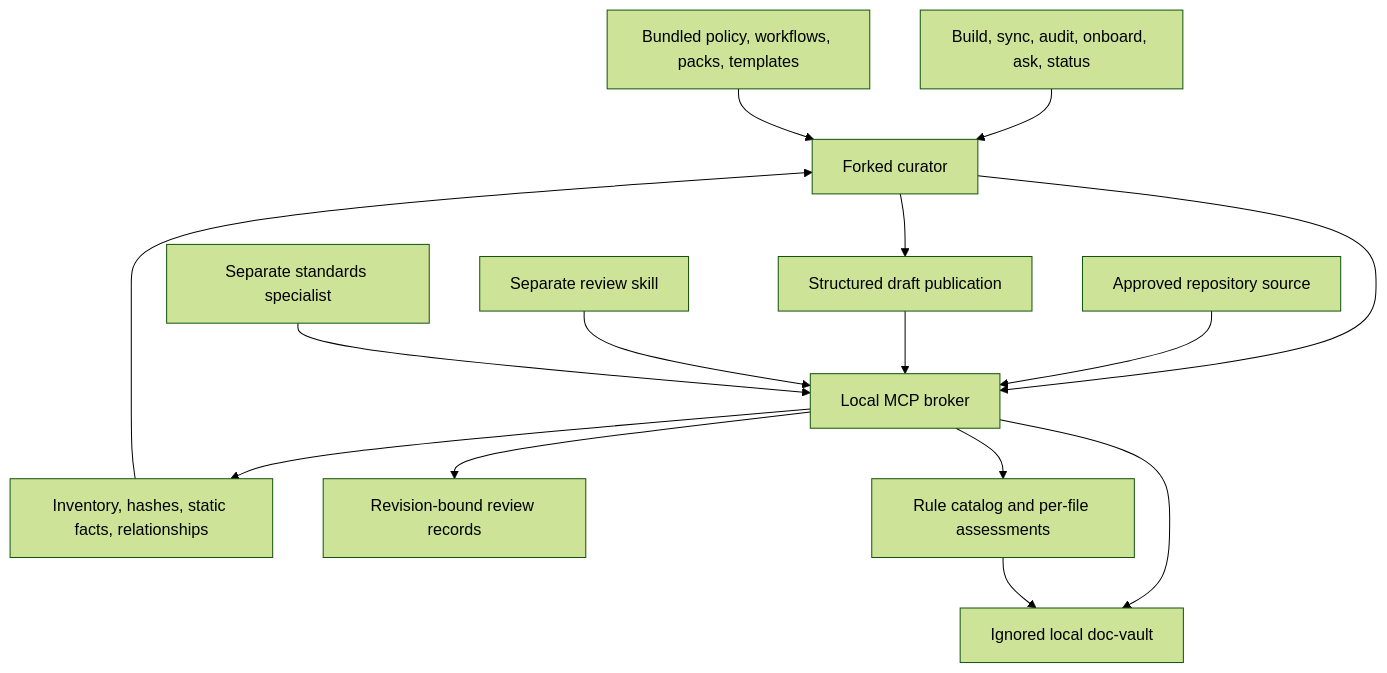
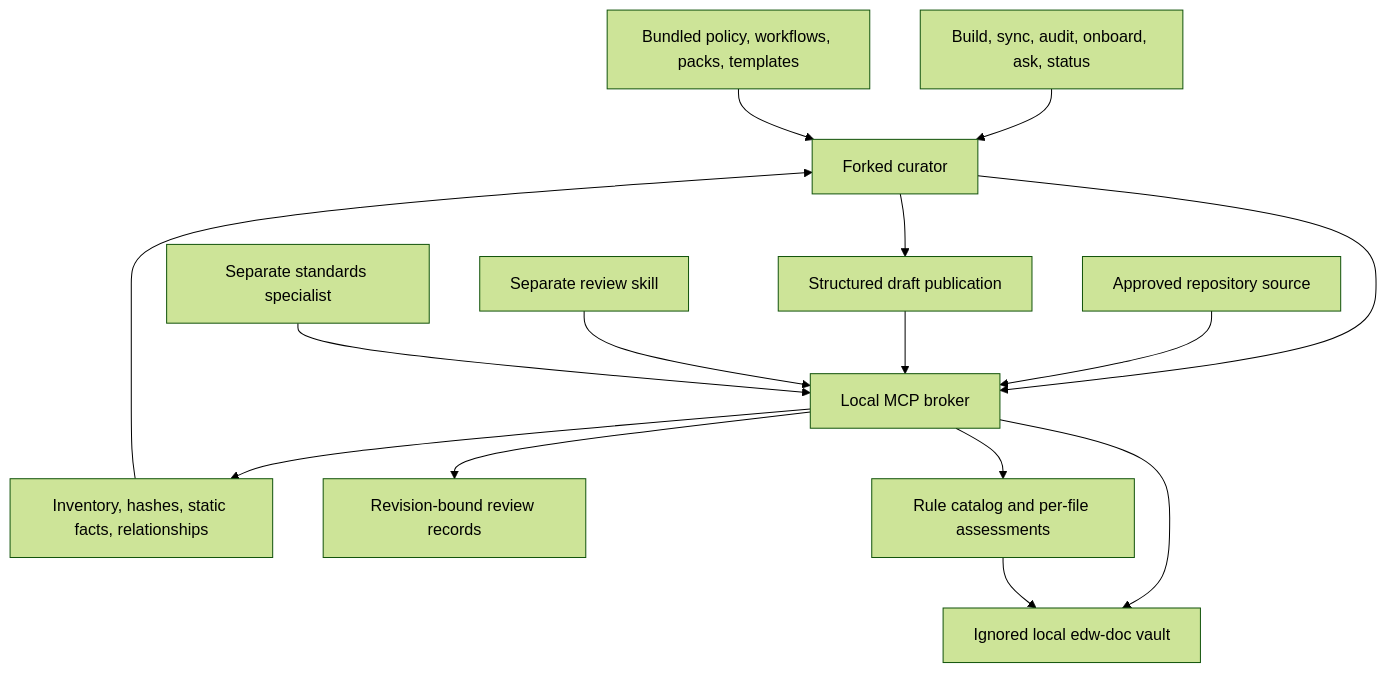
One commit to tsarukoles/doc-vault changed the diagram in docs/architecture.md. Above: the diagram before and after it, drawn with Mermaid (forest theme). The commit also changed other lines of this file and 28 other files, not shown here.

Commit message:
Release Doc Vault 0.1.2 with safe local setup and maintenance

````diff
--- a/docs/architecture.md
+++ b/docs/architecture.md
@@ -5,17 +5,17 @@
 ```mermaid
 flowchart TD
   U[Build, sync, audit, onboard, ask, status] --> C[Forked curator]
   P[Bundled policy, workflows, packs, templates] --> C
   C --> B[Local MCP broker]
   S[Approved repository source] --> B
   B --> I[Inventory, hashes, static facts, relationships]
   I --> C
   C --> N[Structured draft publication]
   N --> B
-  B --> V[Ignored local doc-vault]
+  B --> V[Ignored local edw-doc vault]
   R[Separate review skill] --> B
   B --> Q[Revision-bound review records]
   T[Separate standards specialist] --> B
   B --> A[Rule catalog and per-file assessments]
   A --> V
 ```
````
